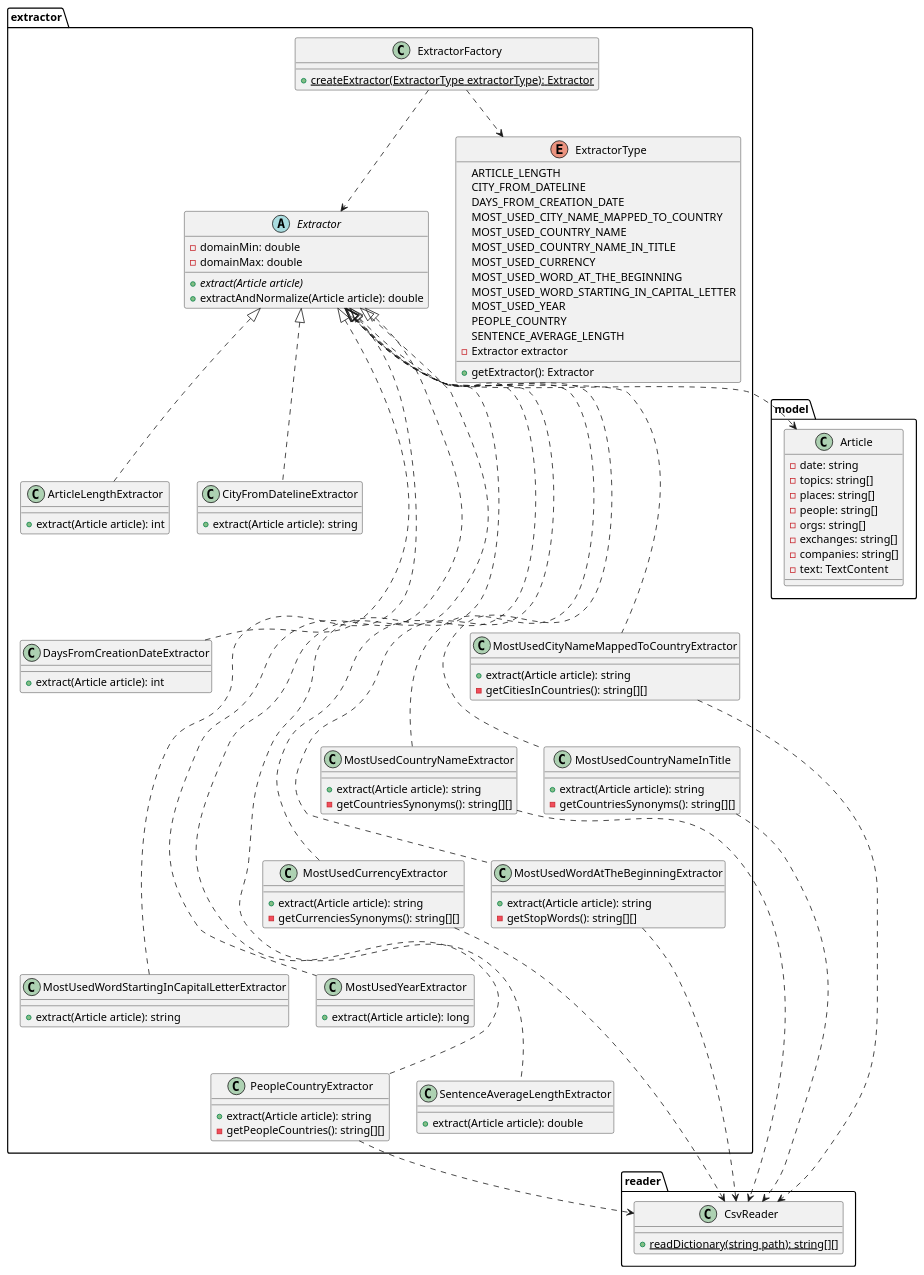
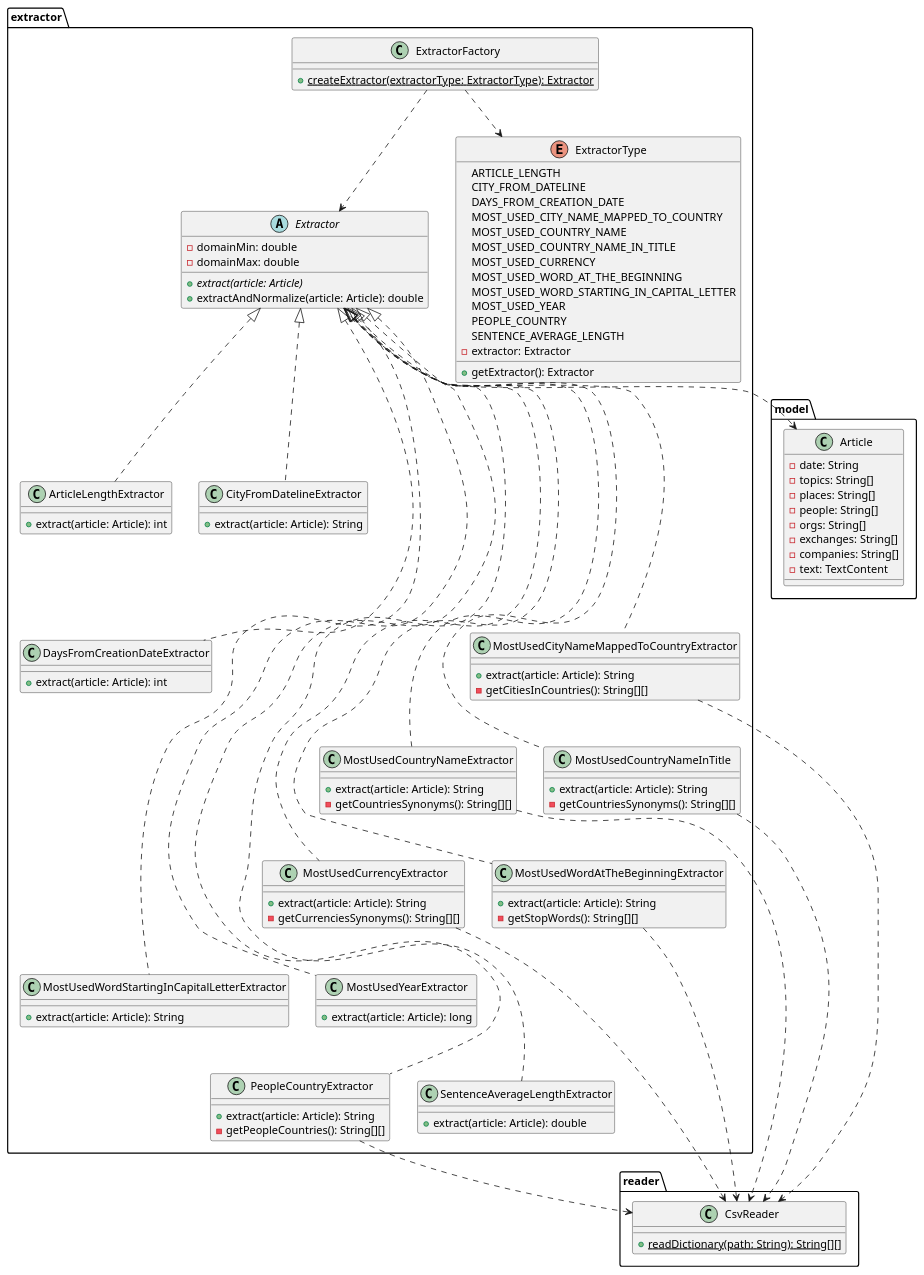
Before and after one commit to kambed/Computer-Recognition-Systems: the fourth of 10 diagrams in README.md, drawn with PlantUML. The commit also changed other lines of this file, not shown here.

Commit message:
UML fixes

````diff
--- a/README.md
+++ b/README.md
@@ -138,13 +138,13 @@
 ```plantuml
 package model {
     class Article {
-        - date: string
-        - topics: string[]
-        - places: string[]
-        - people: string[]
-        - orgs: string[]
-        - exchanges: string[]
-        - companies: string[]
+        - date: String
+        - topics: String[]
+        - places: String[]
+        - people: String[]
+        - orgs: String[]
+        - exchanges: String[]
+        - companies: String[]
         - text: TextContent
     }
 }
@@ -152,50 +152,50 @@
     abstract class Extractor {
         - domainMin: double
         - domainMax: double
-        + {abstract} extract(Article article)
-        + extractAndNormalize(Article article): double
+        + {abstract} extract(article: Article)
+        + extractAndNormalize(article: Article): double
     }
     class ArticleLengthExtractor {
-        + extract(Article article): int
+        + extract(article: Article): int
     }
     class CityFromDatelineExtractor {
-        + extract(Article article): string
+        + extract(article: Article): String
     }
     class DaysFromCreationDateExtractor {
-        + extract(Article article): int
+        + extract(article: Article): int
     }
     class MostUsedCityNameMappedToCountryExtractor {
-        + extract(Article article): string
-        - getCitiesInCountries(): string[][]
+        + extract(article: Article): String
+        - getCitiesInCountries(): String[][]
     }
     class MostUsedCountryNameExtractor {
-        + extract(Article article): string
-        - getCountriesSynonyms(): string[][]
+        + extract(article: Article): String
+        - getCountriesSynonyms(): String[][]
     }
     class MostUsedCountryNameInTitle {
-        + extract(Article article): string
-        - getCountriesSynonyms(): string[][]
+        + extract(article: Article): String
+        - getCountriesSynonyms(): String[][]
     }
     class MostUsedCurrencyExtractor {
-        + extract(Article article): string
-        - getCurrenciesSynonyms(): string[][]
+        + extract(article: Article): String
+        - getCurrenciesSynonyms(): String[][]
     }
     class MostUsedWordAtTheBeginningExtractor {
-        + extract(Article article): string
-        - getStopWords(): string[][]
+        + extract(article: Article): String
+        - getStopWords(): String[][]
     }
     class MostUsedWordStartingInCapitalLetterExtractor {
-        + extract(Article article): string
+        + extract(article: Article): String
     }
     class MostUsedYearExtractor {
-        + extract(Article article): long
+        + extract(article: Article): long
     }
     class PeopleCountryExtractor {
-        + extract(Article article): string
-        - getPeopleCountries(): string[][]
+        + extract(article: Article): String
+        - getPeopleCountries(): String[][]
     }
     class SentenceAverageLengthExtractor {
-        + extract(Article article): double
+        + extract(article: Article): double
     }
     
     Extractor <|.. ArticleLengthExtractor
@@ -212,7 +212,7 @@
     Extractor <|....... SentenceAverageLengthExtractor
     
     class ExtractorFactory {
-        + {static} createExtractor(ExtractorType extractorType): Extractor
+        + {static} createExtractor(extractorType: ExtractorType): Extractor
     }
     enum ExtractorType {
         ARTICLE_LENGTH
@@ -227,7 +227,7 @@
         MOST_USED_YEAR
         PEOPLE_COUNTRY
         SENTENCE_AVERAGE_LENGTH
-        - Extractor extractor
+        - extractor: Extractor
         + getExtractor(): Extractor
     }
     ExtractorFactory ..> Extractor
@@ -235,7 +235,7 @@
 }
 package reader {
     class CsvReader {
-        + {static} readDictionary(string path): string[][]
+        + {static} readDictionary(path: String): String[][]
     }
 }
 Extractor ..> Article
````
